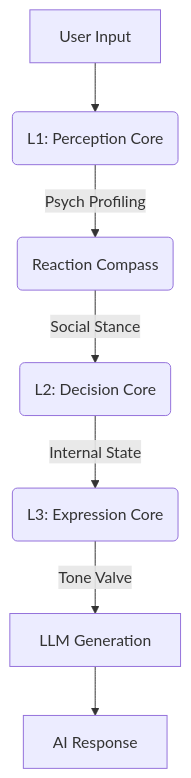
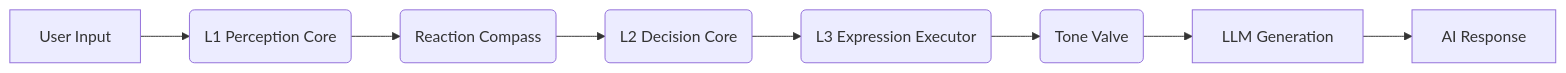
Before and after one commit to ApolloEddy/AI_Companion: the diagram in README_EN.md, drawn with Mermaid. The commit also changed other lines of this file and 19 other files, not shown here.

````diff
--- a/README_EN.md
+++ b/README_EN.md
@@ -19,9 +31,10 @@
 ```mermaid
-graph TD
-    User[User Input] --> L1(L1: Perception Core)
-    L1 -->|Psych Profiling| Compass(Reaction Compass)
-    Compass -->|Social Stance| L2(L2: Decision Core)
-    L2 -->|Internal State| L3(L3: Expression Core)
-    L3 -->|Tone Valve| LLM[LLM Generation]
+graph LR
+    Input[User Input] --> L1(L1 Perception Core)
+    L1 --> Compass(Reaction Compass)
+    Compass --> L2(L2 Decision Core)
+    L2 --> L3(L3 Expression Executor)
+    L3 --> Valve(Tone Valve)
+    Valve --> LLM[LLM Generation]
     LLM --> Output[AI Response]
 ```
````
